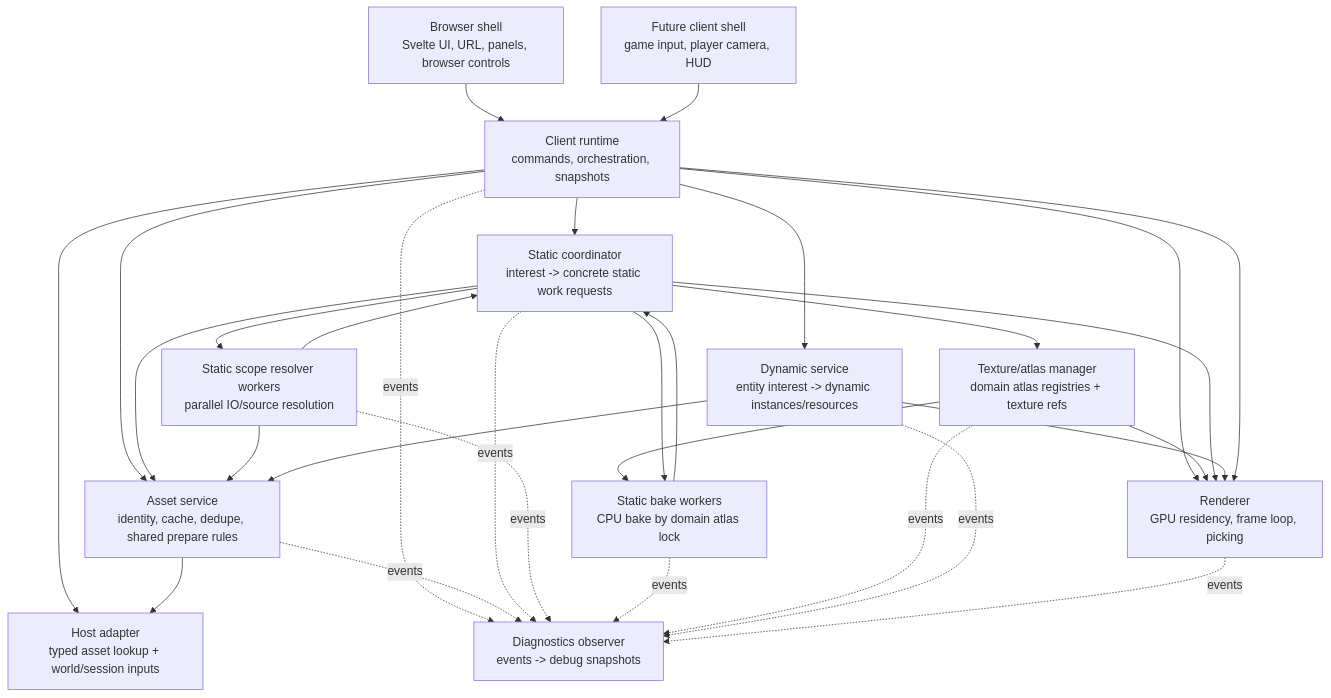
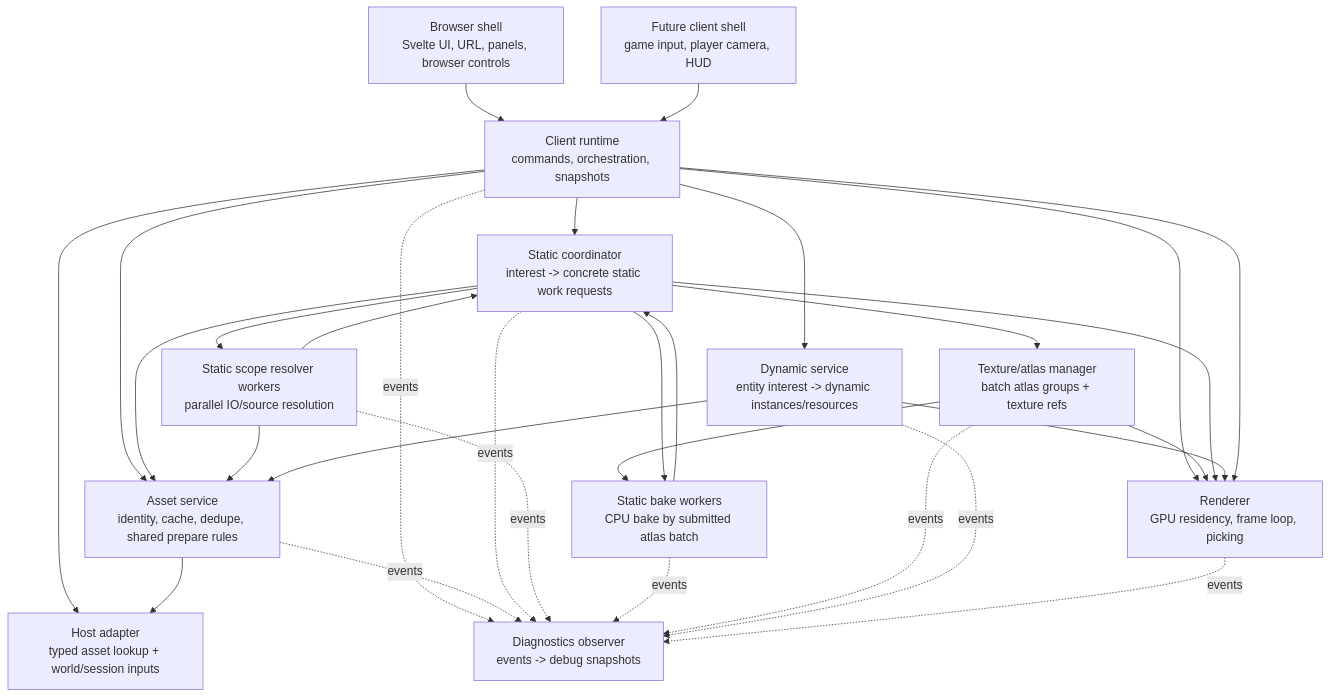
One commit to merklejerk/holtburger changed the sixth of 22 diagrams in docs/plans/holtburger-3d-frontend-v2-design.md. Above: the diagram before and after it, drawn with Mermaid. The commit also changed other lines of this file and 7 other files, not shown here.

````diff
--- a/docs/plans/holtburger-3d-frontend-v2-design.md
+++ b/docs/plans/holtburger-3d-frontend-v2-design.md
@@ -505,48 +506,48 @@
 ```mermaid
 flowchart TB
   BrowserShell["Browser shell<br/>Svelte UI, URL, panels, browser controls"]
   ClientShell["Future client shell<br/>game input, player camera, HUD"]
   Runtime["Client runtime<br/>commands, orchestration, snapshots"]
   Host["Host adapter<br/>typed asset lookup + world/session inputs"]
   Assets["Asset service<br/>identity, cache, dedupe, shared prepare rules"]
   StaticCoordinator["Static coordinator<br/>interest -> concrete static work requests"]
   StaticResolver["Static scope resolver workers<br/>parallel IO/source resolution"]
-  TextureManager["Texture/atlas manager<br/>domain atlas registries + texture refs"]
-  StaticBaker["Static bake workers<br/>CPU bake by domain atlas lock"]
+  TextureManager["Texture/atlas manager<br/>batch atlas groups + texture refs"]
+  StaticBaker["Static bake workers<br/>CPU bake by submitted atlas batch"]
   Dynamic["Dynamic service<br/>entity interest -> dynamic instances/resources"]
   Renderer["Renderer<br/>GPU residency, frame loop, picking"]
   Diagnostics["Diagnostics observer<br/>events -> debug snapshots"]
 
   BrowserShell --> Runtime
   ClientShell --> Runtime
   Runtime --> Host
   Runtime --> Assets
   Runtime --> StaticCoordinator
   Runtime --> Dynamic
   Runtime --> Renderer
 
   StaticCoordinator --> Assets
   StaticCoordinator --> StaticResolver
   StaticCoordinator --> TextureManager
   TextureManager --> StaticBaker
   StaticResolver --> StaticCoordinator
   StaticResolver --> Assets
   StaticCoordinator --> StaticBaker
   StaticBaker --> StaticCoordinator
   Dynamic --> Assets
 
   Assets --> Host
   TextureManager --> Renderer
   StaticCoordinator --> Renderer
   Dynamic --> Renderer
   Runtime --> Renderer
 
   Runtime -. events .-> Diagnostics
   Assets -. events .-> Diagnostics
   StaticCoordinator -. events .-> Diagnostics
   StaticResolver -. events .-> Diagnostics
   StaticBaker -. events .-> Diagnostics
   TextureManager -. events .-> Diagnostics
   Dynamic -. events .-> Diagnostics
   Renderer -. events .-> Diagnostics
 ```
````
